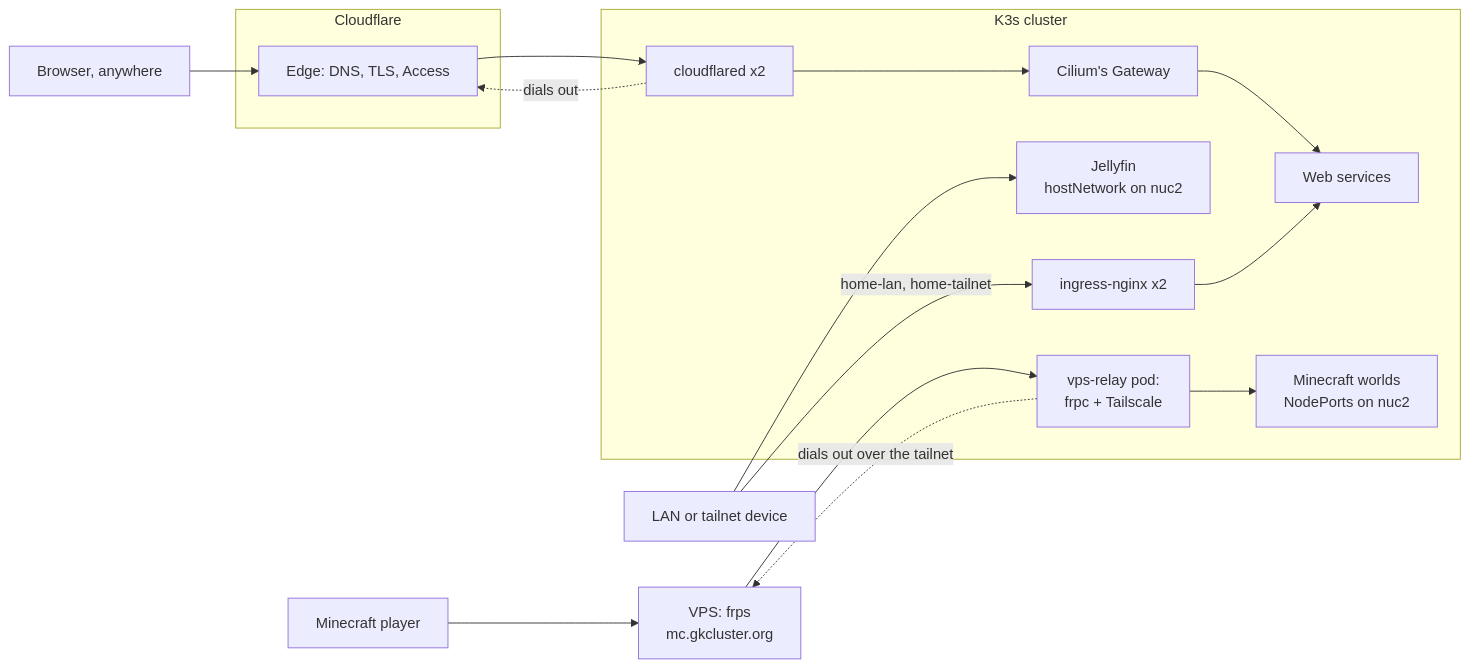
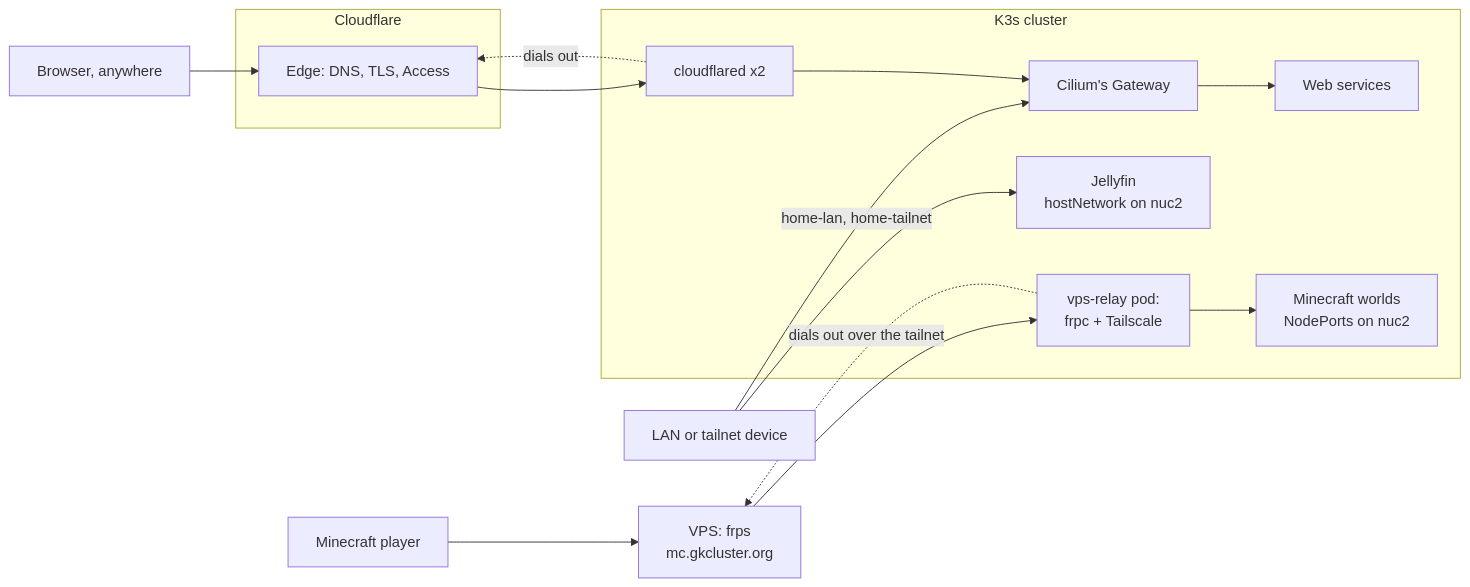
One commit to gilesknap/tpi-k3s-ansible changed the first of 5 diagrams in docs/explanations/architecture/networking.md. Above: the diagram before and after it, drawn with Mermaid. The commit also changed other lines of this file and 32 other files, not shown here.

First line of the commit message:
Docs: ingress-nginx is gone, the Gateway serves everything

````diff
--- a/docs/explanations/architecture/networking.md
+++ b/docs/explanations/architecture/networking.md
@@ -92,31 +89,30 @@
 ```mermaid
 flowchart LR
     browser["Browser, anywhere"]
     player["Minecraft player"]
     lan["LAN or tailnet device"]
 
     subgraph cf["Cloudflare"]
         cfedge["Edge: DNS, TLS, Access"]
     end
 
     vps["VPS: frps<br/>mc.gkcluster.org"]
 
     subgraph cluster["K3s cluster"]
         cfd["cloudflared x2"]
         gw["Cilium's Gateway"]
-        nginx["ingress-nginx x2"]
         relay["vps-relay pod:<br/>frpc + Tailscale"]
         apps["Web services"]
         mc["Minecraft worlds<br/>NodePorts on nuc2"]
         jf["Jellyfin<br/>hostNetwork on nuc2"]
     end
 
     browser --> cfedge
     cfd -. "dials out" .-> cfedge
     cfedge --> cfd --> gw --> apps
     player --> vps
     relay -. "dials out over the tailnet" .-> vps
     vps --> relay --> mc
     lan --> jf
-    lan -- "home-lan, home-tailnet" --> nginx --> apps
+    lan -- "home-lan, home-tailnet" --> gw
 ```
````
